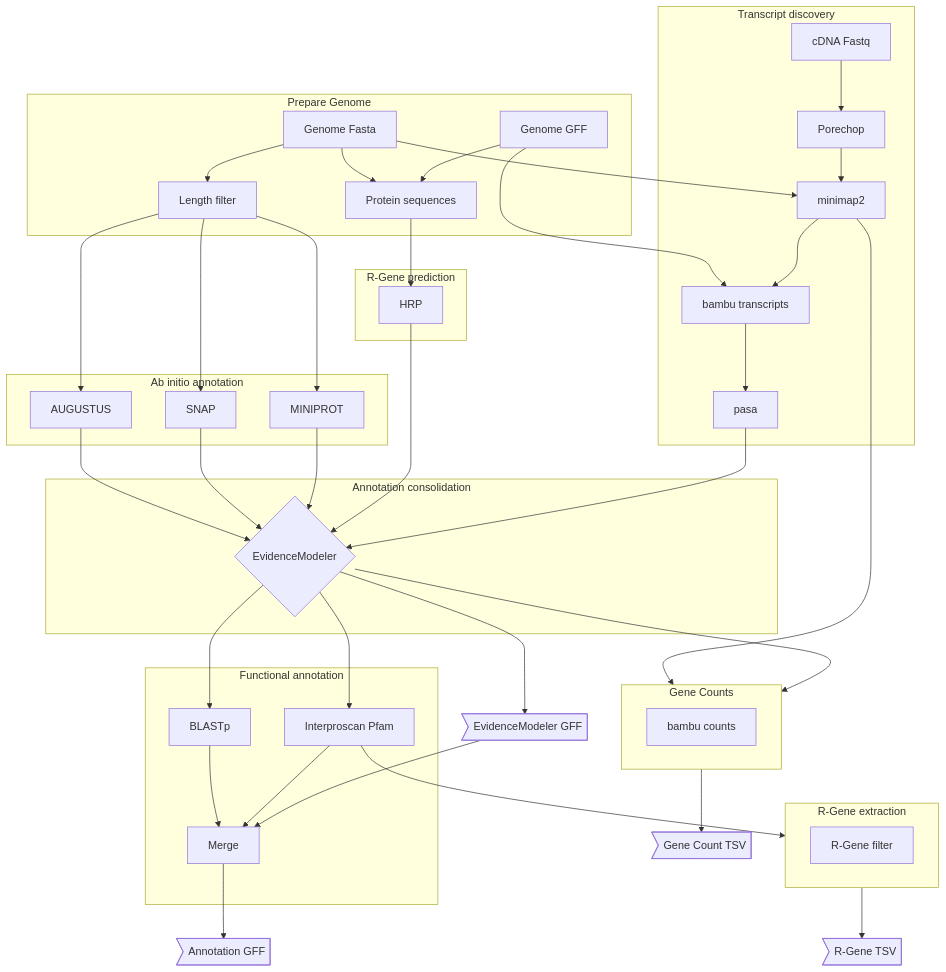
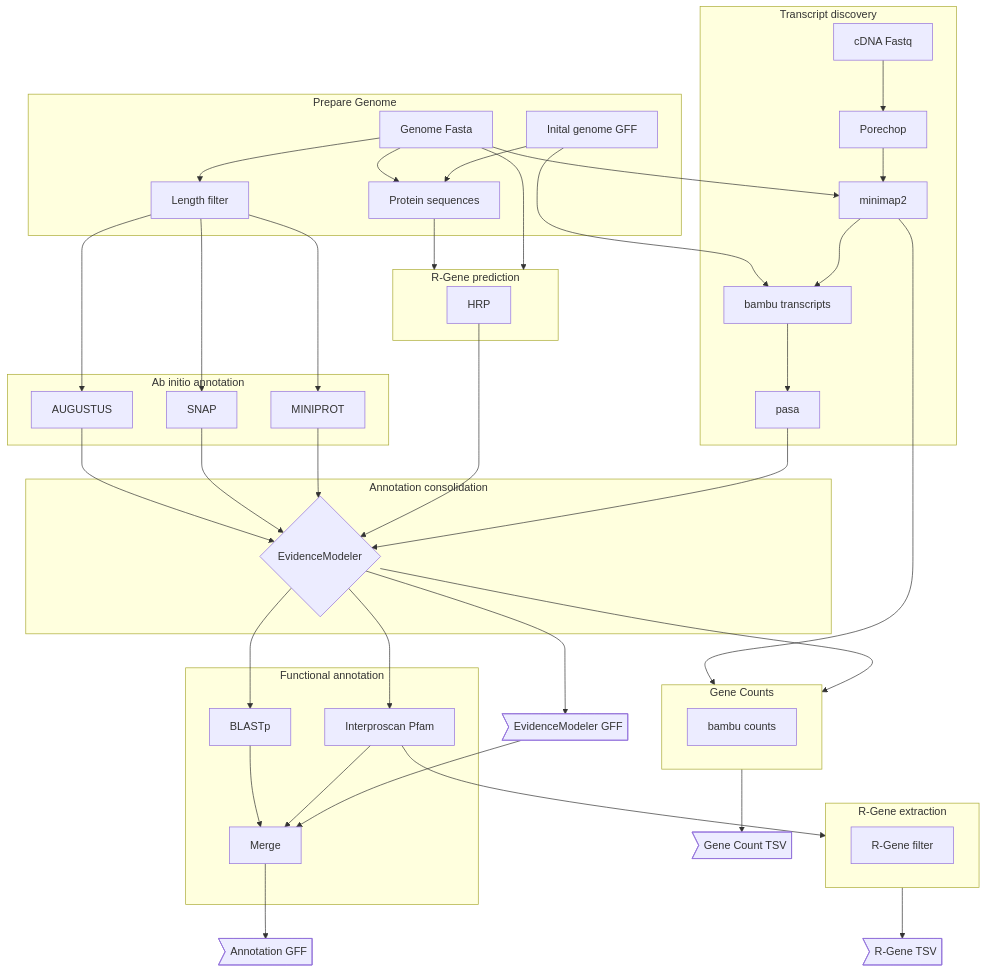
Before and after one commit to nschan/nf-annotate: the first of 2 diagrams in README.md, drawn with Mermaid. The commit also changed other lines of this file, not shown here.

````diff
--- a/README.md
+++ b/README.md
@@ -15,52 +15,53 @@
 ```mermaid
 graph TD;
     subgraph Prepare Genome
     gfasta[Genome Fasta] --> lfilt[Length filter];
     gfasta --> pseqs[Protein sequences];
-    ggff[Genome GFF] --> pseqs;
+    ggff[Inital genome GFF] --> pseqs;
     end
     subgraph Ab initio annotation
     lfilt --> AUGUSTUS;
     lfilt --> SNAP;
     lfilt --> MINIPROT;
     end
-    subgraph R-Gene prediction
-    pseqs --> HRP
+    subgraph hrp[R-Gene prediction]
+    HRP
     end
+    pseqs --> hrp
+    gfasta --> hrp
     subgraph Transcript discovery
     cDNA[cDNA Fastq] --> Porechop;
     Porechop --> minimap2;
     gfasta --> minimap2;
     ggff --> batrans[bambu transcripts]
     minimap2 --> batrans;
     batrans --> pasa;
     end
     subgraph Annotation consolidation
     AUGUSTUS --> EvidenceModeler{EvidenceModeler};
     SNAP --> EvidenceModeler;
     MINIPROT --> EvidenceModeler;
     HRP --> EvidenceModeler;
     pasa --> EvidenceModeler;
     end
     EvidenceModeler --> evGFF>EvidenceModeler GFF]
     subgraph counts[Gene Counts]
     bacounts[bambu counts]
     end
     subgraph Rgene[R-Gene extraction]
     rgene[R-Gene filter];
     end
     pfam --> Rgene
     Rgene --> r_tsv>R-Gene TSV];
     minimap2 --> counts;
     EvidenceModeler --> counts;
     counts --> tsv_count>Gene Count TSV];
     subgraph Functional annotation
     EvidenceModeler --> BLASTp;
     EvidenceModeler --> pfam[Interproscan Pfam];
     BLASTp --> func[Merge];
     pfam --> func;
     end
     evGFF --> func
     func --> gff_anno>Annotation GFF];
-
 ```
````
